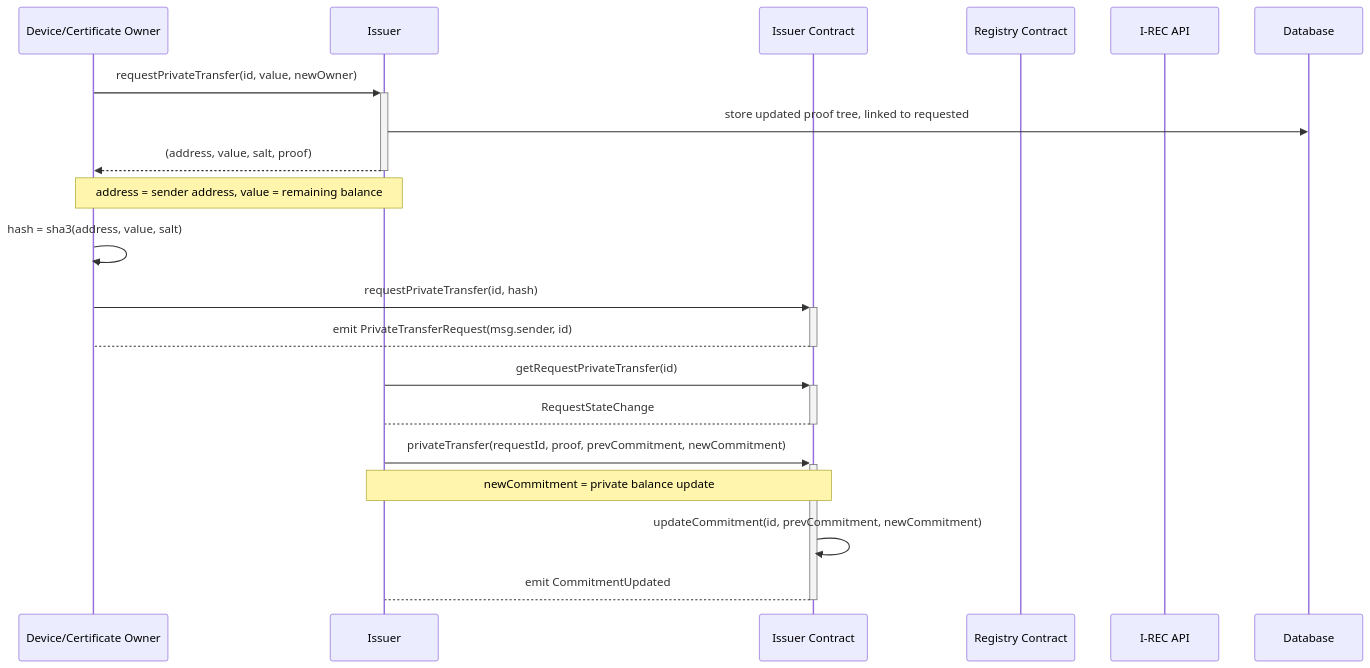
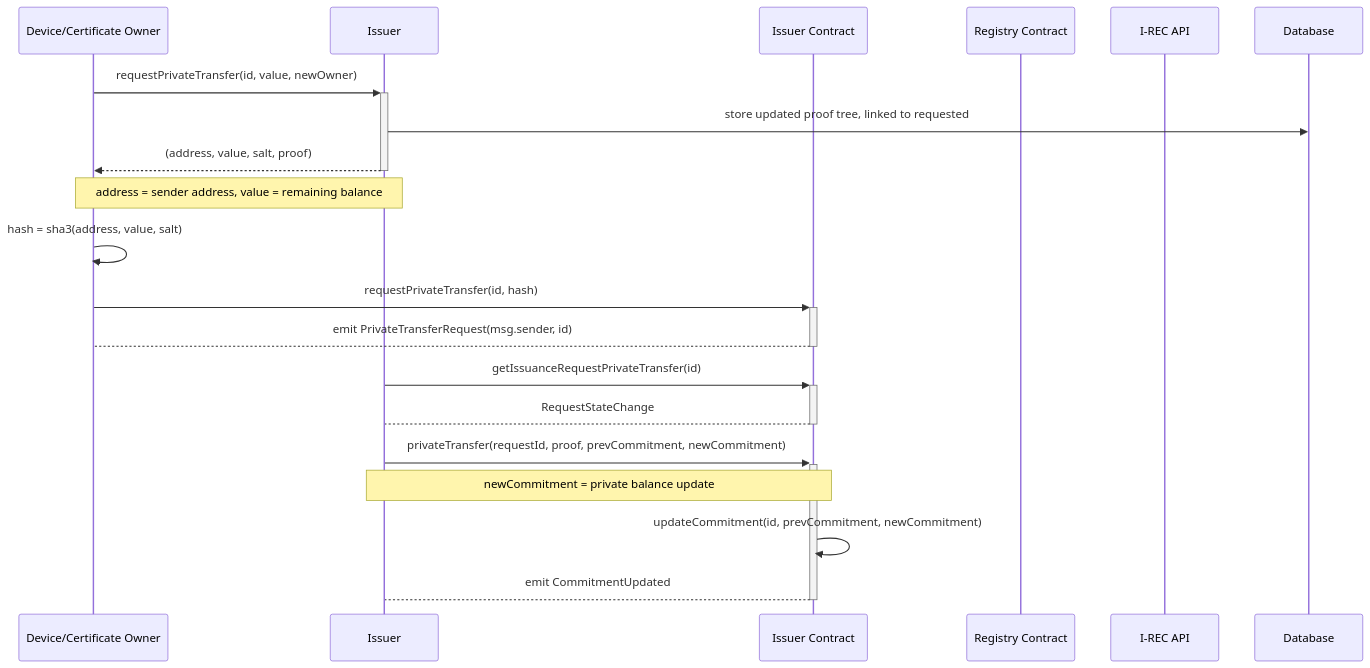
Before and after one commit to energywebfoundation/origin: the seventh of 7 diagrams in packages/issuer/README mermaid.md, drawn with Mermaid. The commit also changed other lines of this file, not shown here.

````diff
--- a/packages/issuer/README mermaid.md
+++ b/packages/issuer/README mermaid.md
@@ -169,26 +129,26 @@
 ```mermaid
 sequenceDiagram
   participant U as Device/Certificate Owner
   participant IS as Issuer
   participant I as Issuer Contract
   participant R as Registry Contract
   participant A as I-REC API
   participant DB as Database
 
   U->>+IS: requestPrivateTransfer(id, value, newOwner)
   IS->>DB: store updated proof tree, linked to requested 
   IS-->>-U: (address, value, salt, proof)
   Note over IS,U: address = sender address, value = remaining balance
   U->>U: hash = sha3(address, value, salt)
 
   U->>+I: requestPrivateTransfer(id, hash)
   I-->-U: emit PrivateTransferRequest(msg.sender, id)
 
-  IS->>+I: getRequestPrivateTransfer(id)
+  IS->>+I: getIssuanceRequestPrivateTransfer(id)
   I-->-IS: RequestStateChange
 
   IS->>+I: privateTransfer(requestId, proof, prevCommitment, newCommitment)
   Note over IS,I: newCommitment = private balance update
   I->>I: updateCommitment(id, prevCommitment, newCommitment)
   I-->-IS: emit CommitmentUpdated
 ```
````
